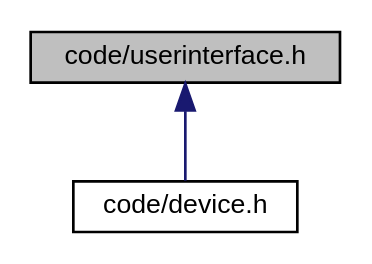
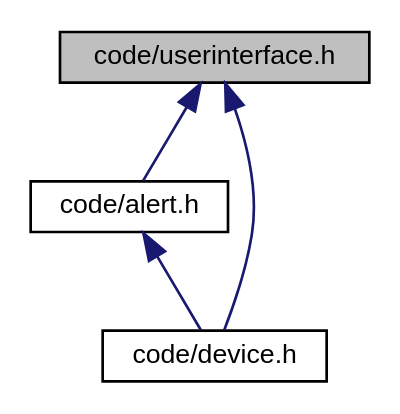
One commit to xHWAHx/InsulinPumpSimulator-Group35 changed the diagram in docs/userinterface_8h__dep__incl.dot. Above: the diagram before and after it, drawn with Graphviz. The commit also changed 251 other files, not shown here.

```diff
--- a/docs/userinterface_8h__dep__incl.dot
+++ b/docs/userinterface_8h__dep__incl.dot
@@ -1,9 +1,12 @@
 digraph "code/userinterface.h"
 {
  // LATEX_PDF_SIZE
   edge [fontname="Helvetica",fontsize="10",labelfontname="Helvetica",labelfontsize="10"];
   node [fontname="Helvetica",fontsize="10",shape=record];
   Node1 [label="code/userinterface.h",height=0.2,width=0.4,color="black", fillcolor="grey75", style="filled", fontcolor="black",tooltip=" "];
   Node1 -> Node2 [dir="back",color="midnightblue",fontsize="10",style="solid",fontname="Helvetica"];
-  Node2 [label="code/device.h",height=0.2,width=0.4,color="black", fillcolor="white", style="filled",URL="$device_8h.html",tooltip=" "];
+  Node2 [label="code/alert.h",height=0.2,width=0.4,color="black", fillcolor="white", style="filled",URL="$alert_8h.html",tooltip=" "];
+  Node2 -> Node3 [dir="back",color="midnightblue",fontsize="10",style="solid",fontname="Helvetica"];
+  Node3 [label="code/device.h",height=0.2,width=0.4,color="black", fillcolor="white", style="filled",URL="$device_8h.html",tooltip=" "];
+  Node1 -> Node3 [dir="back",color="midnightblue",fontsize="10",style="solid",fontname="Helvetica"];
 }
```
